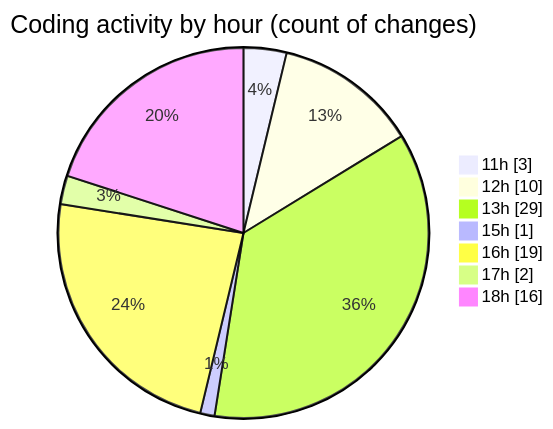
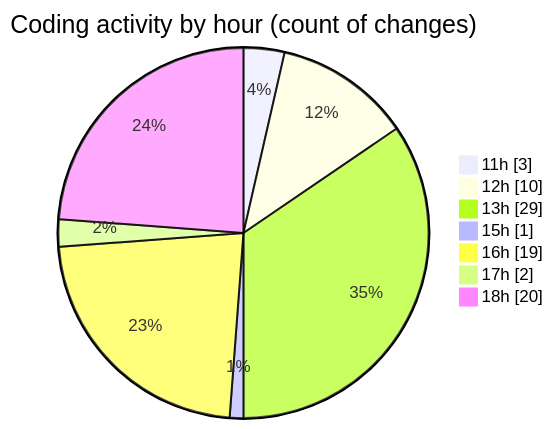
Before and after one commit to nxtqubesakshisongat/code-tracking: the second of 2 diagrams in 2025-09-09/nxtqube_webapp/README.md, drawn with Mermaid. The commit also changed other lines of this file and 1 other file, not shown here.

````diff
--- a/2025-09-09/nxtqube_webapp/README.md
+++ b/2025-09-09/nxtqube_webapp/README.md
@@ -31,11 +31,11 @@
 ```mermaid
 pie showData
 title Coding activity by hour (count of changes)
 "11h" : 3
 "12h" : 10
 "13h" : 29
 "15h" : 1
 "16h" : 19
 "17h" : 2
-"18h" : 16
+"18h" : 20
 ```
````
